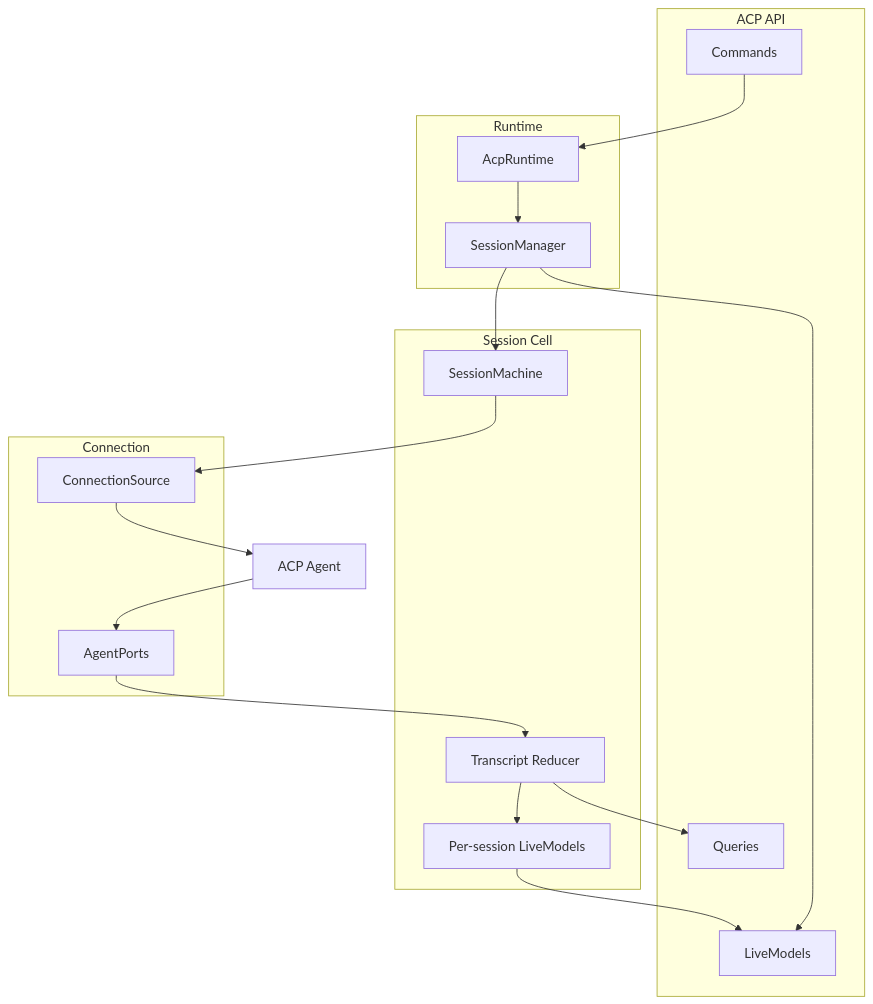
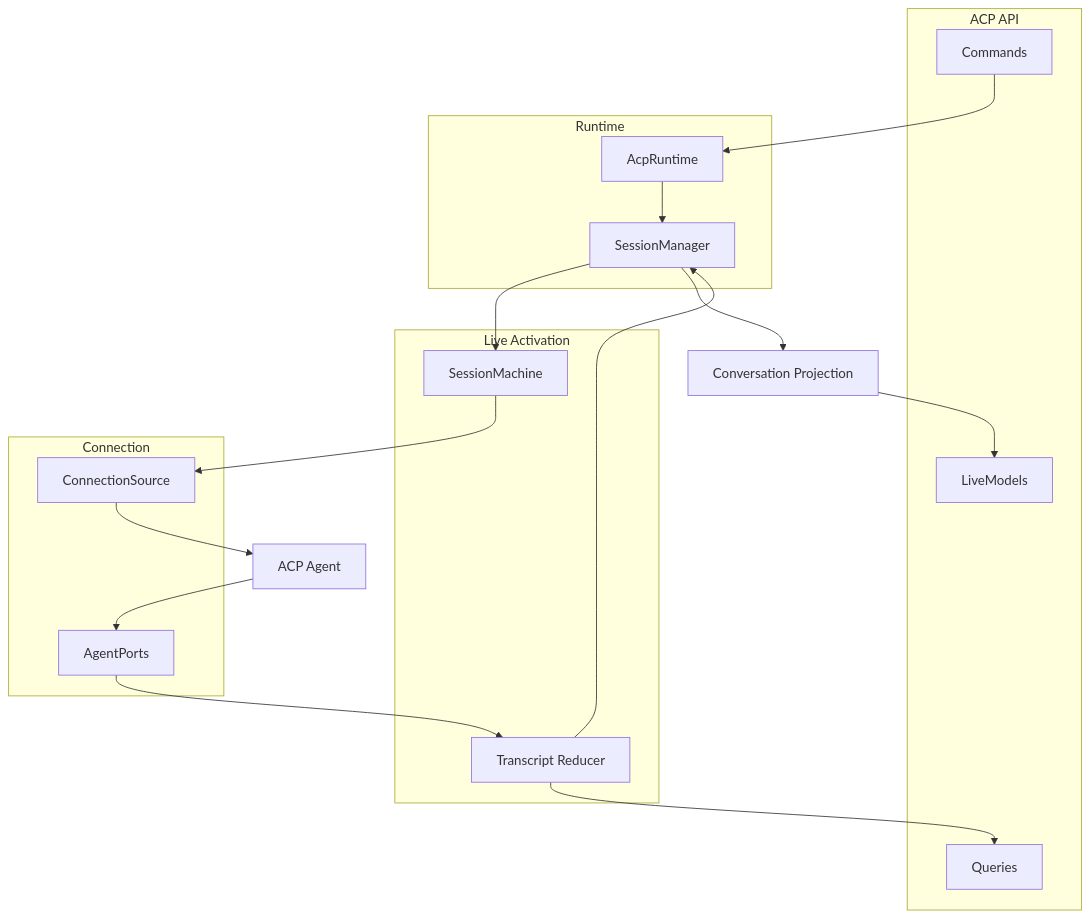
One commit to generalaction/emdash changed the diagram in agents/architecture/acp-runtime.md. Above: the diagram before and after it, drawn with Mermaid. The commit also changed other lines of this file and 5 other files, not shown here.

````diff
--- a/agents/architecture/acp-runtime.md
+++ b/agents/architecture/acp-runtime.md
@@ -31,29 +32,28 @@
 ```mermaid
 flowchart TD
   subgraph api [ACP API]
     commands[Commands]
     liveModels[LiveModels]
     queries[Queries]
   end
   subgraph runtime [Runtime]
     root[AcpRuntime]
     manager[SessionManager]
   end
-  subgraph session [Session Cell]
+  subgraph session [Live Activation]
     machine[SessionMachine]
     reducer[Transcript Reducer]
-    state[Per-session LiveModels]
   end
+  projection[Conversation Projection]
   subgraph connection [Connection]
     source[ConnectionSource]
     ports[AgentPorts]
   end
   agent[ACP Agent]
 
   commands --> root --> manager --> machine
   machine --> source --> agent
   agent --> ports --> reducer
-  reducer --> state --> liveModels
-  manager --> liveModels
+  reducer --> manager --> projection --> liveModels
   reducer --> queries
 ```
````
